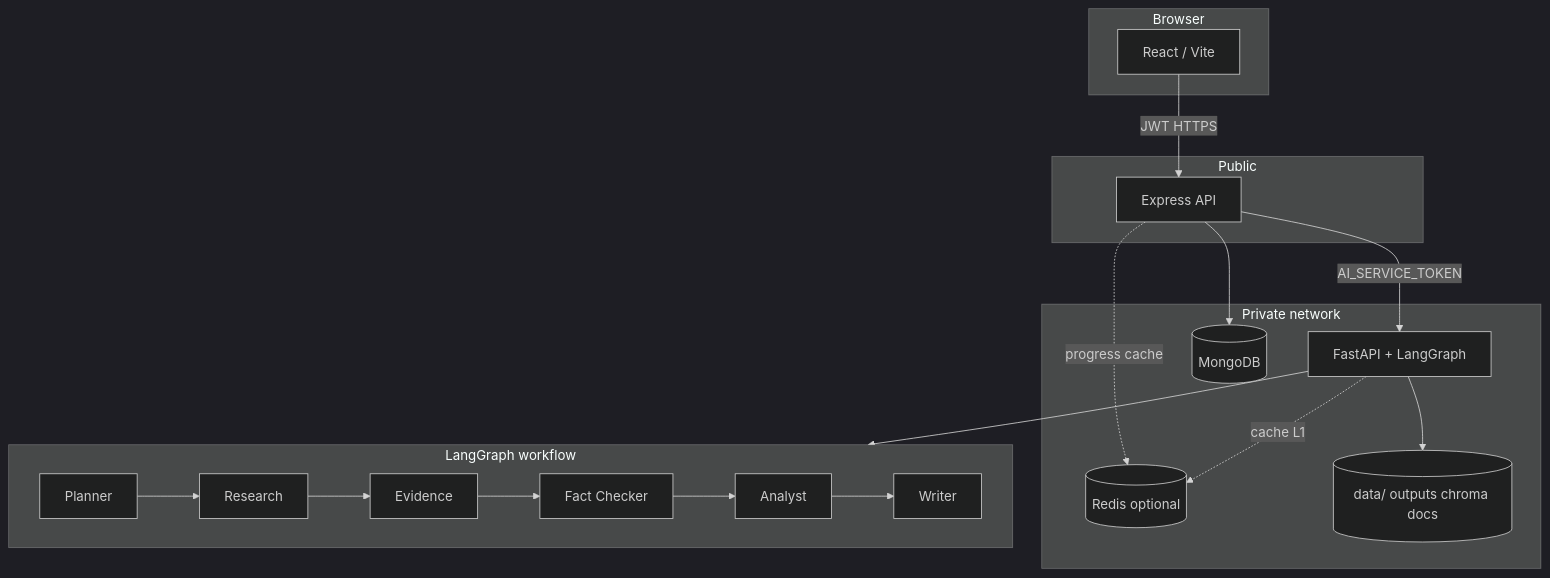
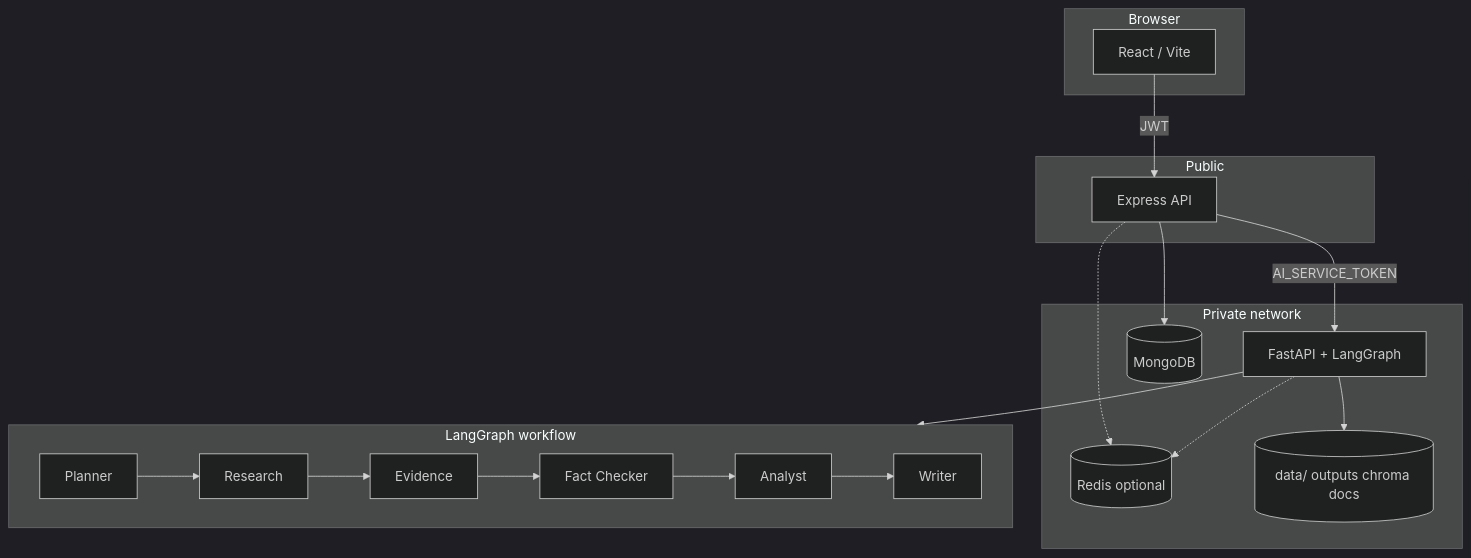
One commit to DROP5136/ResearchX changed the diagram in docs/architecture.md. Above: the diagram before and after it, drawn with Mermaid (dark theme). The commit also changed other lines of this file and 43 other files, not shown here.

````diff
--- a/docs/architecture.md
+++ b/docs/architecture.md
@@ -3,31 +3,31 @@
 ```mermaid
 flowchart TB
   subgraph client [Browser]
     Web[React / Vite]
   end
   subgraph edge [Public]
     Express[Express API]
   end
   subgraph private [Private network]
     AI[FastAPI + LangGraph]
     Mongo[(MongoDB)]
     Redis[(Redis optional)]
     Files[(data/ outputs chroma docs)]
   end
-  Web -->|JWT HTTPS| Express
+  Web -->|JWT| Express
   Express --> Mongo
   Express -->|AI_SERVICE_TOKEN| AI
-  Express -.->|progress cache| Redis
+  Express -.-> Redis
   AI --> Files
-  AI -.->|cache L1| Redis
+  AI -.-> Redis
   AI --> LangGraph
   subgraph LangGraph [LangGraph workflow]
     P[Planner]
     R[Research]
     E[Evidence]
     F[Fact Checker]
     A[Analyst]
     W[Writer]
     P --> R --> E --> F --> A --> W
   end
 ```
````
